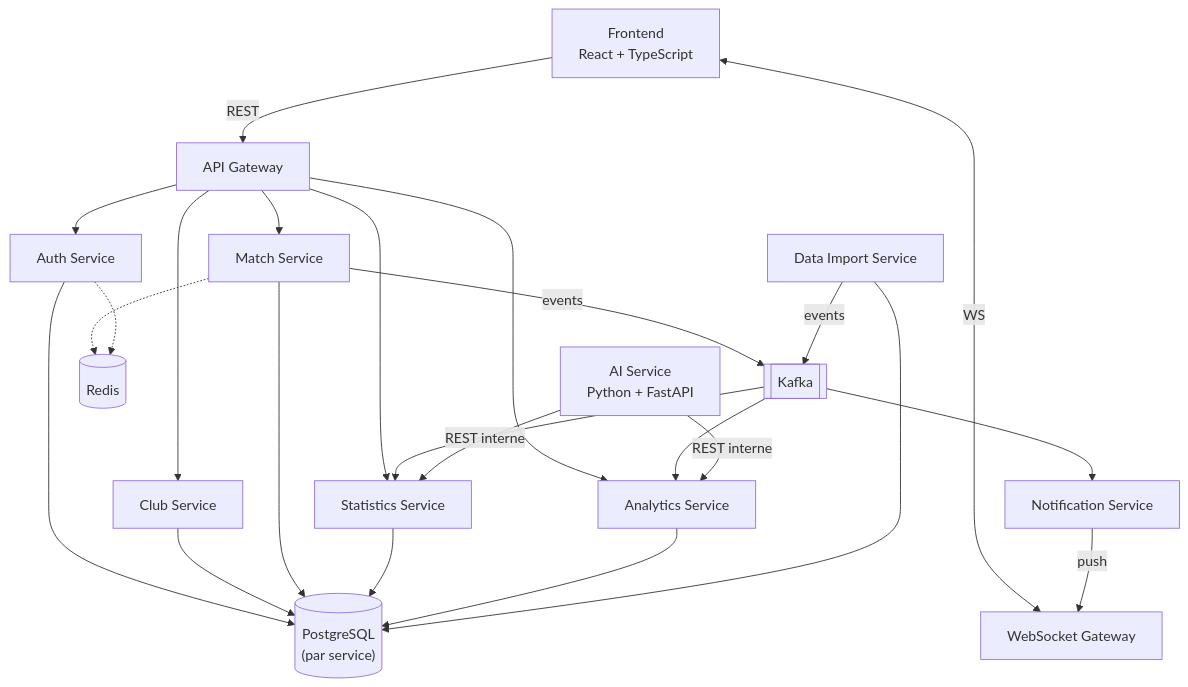
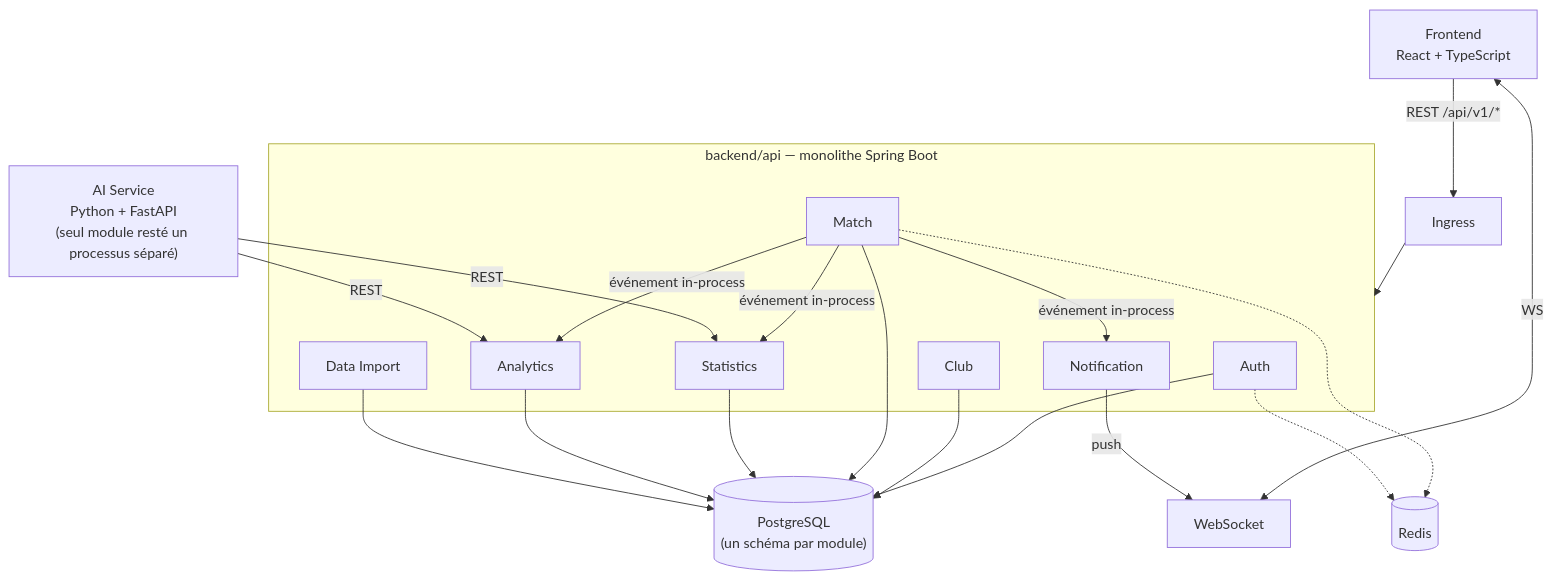
The first of 2 diagrams in docs/architecture/containers.md (AntoineCvlz/sporya), drawn with Mermaid before and after one commit. The commit also changed other lines of this file and 58 other files, not shown here.

````diff
--- a/docs/architecture/containers.md
+++ b/docs/architecture/containers.md
@@ -5,29 +7,28 @@
 ```mermaid
 flowchart TB
     fe["Frontend\nReact + TypeScript"]
-    gw["API Gateway"]
-    auth["Auth Service"]
-    club["Club Service"]
-    match["Match Service"]
-    stats["Statistics Service"]
-    analytics["Analytics Service"]
-    notif["Notification Service"]
-    imp["Data Import Service"]
-    ai["AI Service\nPython + FastAPI"]
-    pg[("PostgreSQL\n(par service)")]
+    ing["Ingress"]
+    subgraph api["backend/api — monolithe Spring Boot"]
+        auth["Auth"]
+        club["Club"]
+        match["Match"]
+        stats["Statistics"]
+        analytics["Analytics"]
+        notif["Notification"]
+        imp["Data Import"]
+    end
+    ai["AI Service\nPython + FastAPI\n(seul module resté un processus séparé)"]
+    pg[("PostgreSQL\n(un schéma par module)")]
     redis[("Redis")]
-    kafka[["Kafka"]]
-    ws["WebSocket Gateway"]
+    ws["WebSocket"]
 
-    fe -->|REST| gw
+    fe -->|REST /api/v1/*| ing
     fe <-->|WS| ws
-    gw --> auth & club & match & stats & analytics
-    match -->|events| kafka
-    kafka --> stats & analytics & notif
+    ing --> api
+    match -->|événement in-process| stats & analytics & notif
     notif -->|push| ws
-    imp -->|events| kafka
-    ai -->|REST interne| stats
-    ai -->|REST interne| analytics
+    ai -->|REST| stats
+    ai -->|REST| analytics
     auth & club & match & stats & analytics & imp --> pg
     match & auth -.-> redis
 ```
````
